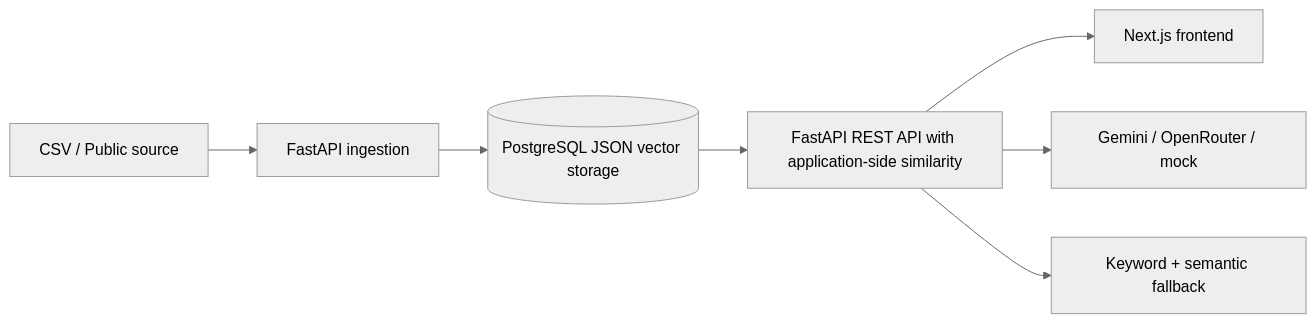
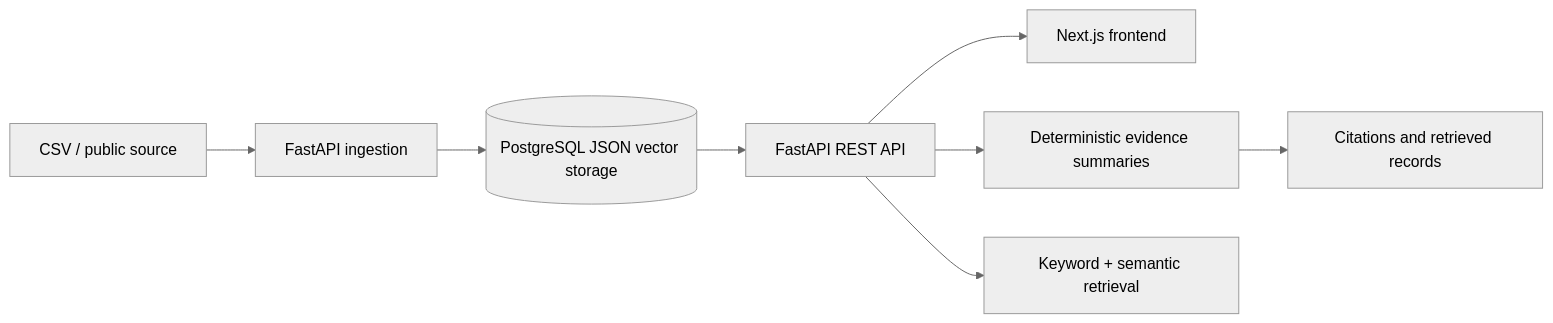
One commit to Praciller/thai-procurement-intelligence changed the diagram in README.md. Above: the diagram before and after it, drawn with Mermaid (neutral theme). The commit also changed other lines of this file and 17 other files, not shown here.

First line of the commit message:
Keep procurement answers deterministic and evidence-bound

````diff
--- a/README.md
+++ b/README.md
@@ -49,9 +49,10 @@
 ```mermaid
 flowchart LR
-  CSV["CSV / Public source"] --> Import["FastAPI ingestion"]
+  CSV["CSV / public source"] --> Import["FastAPI ingestion"]
   Import --> DB[("PostgreSQL JSON vector storage")]
-  DB --> API["FastAPI REST API with application-side similarity"]
+  DB --> API["FastAPI REST API"]
   API --> Web["Next.js frontend"]
-  API --> LLM["Gemini / OpenRouter / mock"]
-  API --> Search["Keyword + semantic fallback"]
+  API --> Answer["Deterministic evidence summaries"]
+  API --> Search["Keyword + semantic retrieval"]
+  Answer --> Evidence["Citations and retrieved records"]
 ```
````
